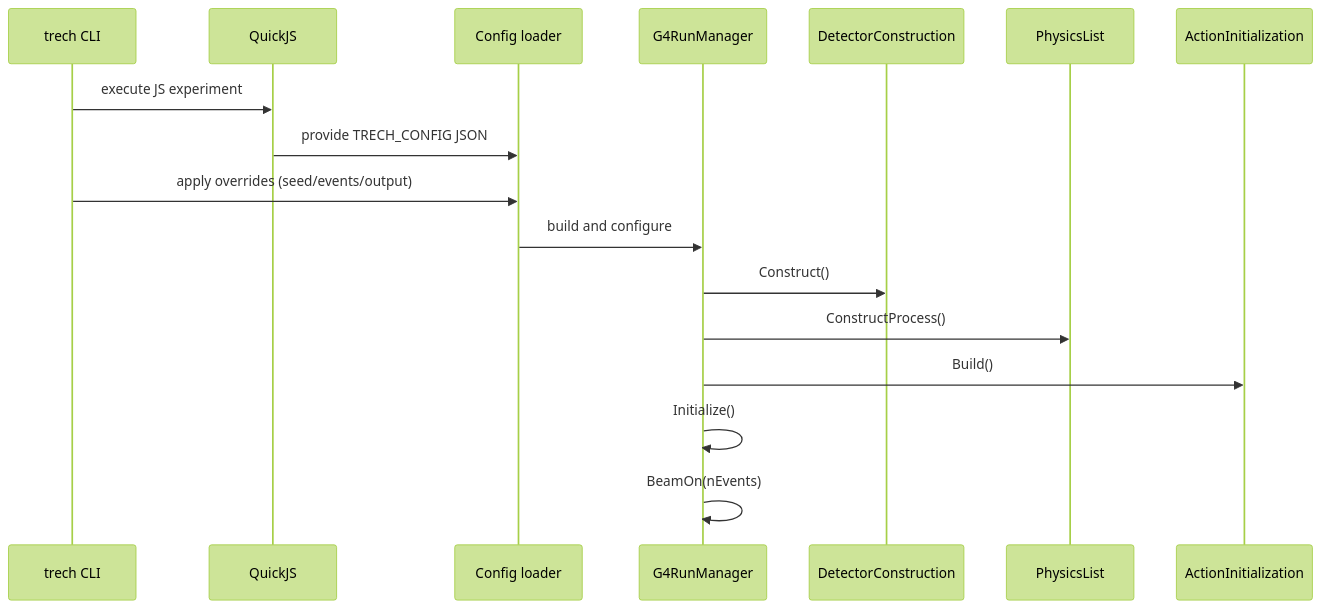
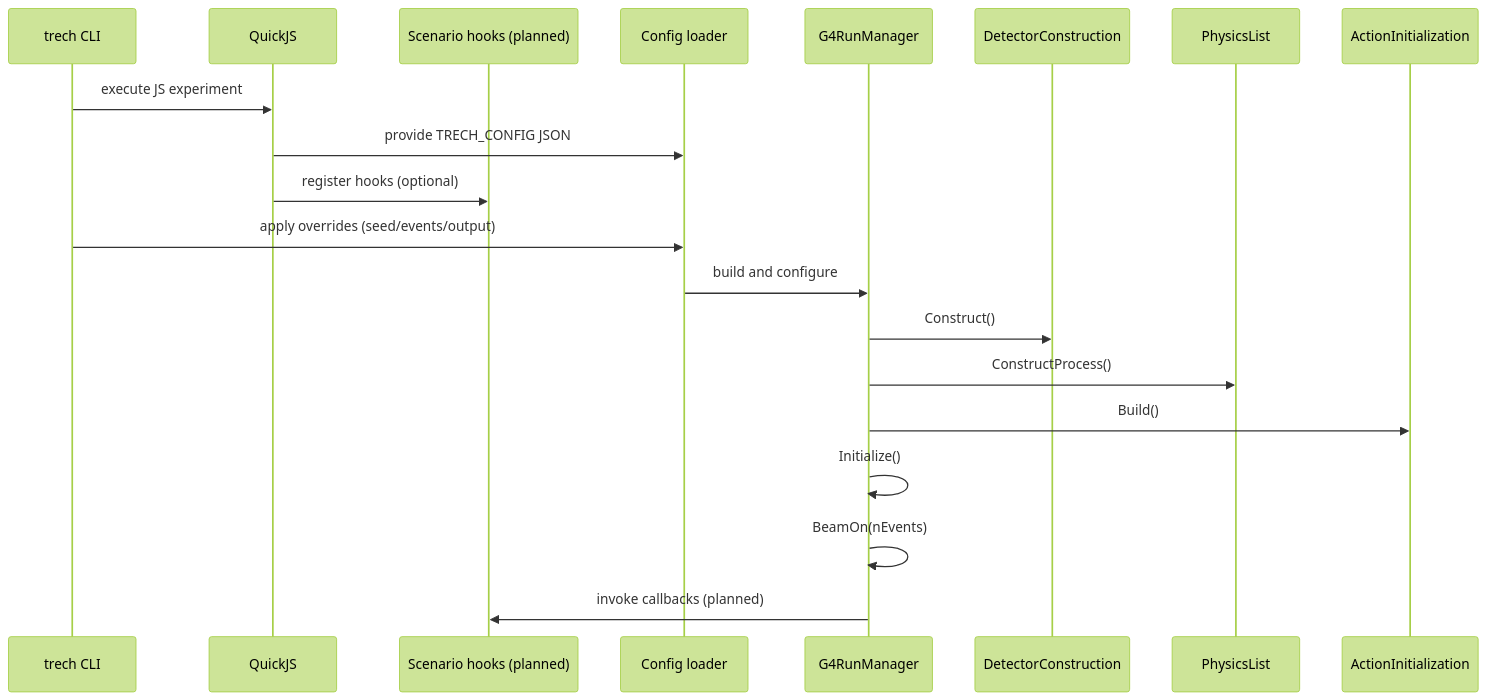
Before and after one commit to Geckos-Ink/trech: the second of 8 diagrams in CHARTS.md, drawn with Mermaid (forest theme). The commit also changed other lines of this file and 3 other files, not shown here.

````diff
--- a/CHARTS.md
+++ b/CHARTS.md
@@ -38,19 +43,22 @@
 ```mermaid
 sequenceDiagram
   participant CLI as trech CLI
   participant QJS as QuickJS
+  participant HOOK as Scenario hooks (planned)
   participant CFG as Config loader
   participant RM as G4RunManager
   participant DET as DetectorConstruction
   participant PHY as PhysicsList
   participant ACT as ActionInitialization
   CLI->>QJS: execute JS experiment
   QJS->>CFG: provide TRECH_CONFIG JSON
+  QJS->>HOOK: register hooks (optional)
   CLI->>CFG: apply overrides (seed/events/output)
   CFG->>RM: build and configure
   RM->>DET: Construct()
   RM->>PHY: ConstructProcess()
   RM->>ACT: Build()
   RM->>RM: Initialize()
   RM->>RM: BeamOn(nEvents)
+  RM->>HOOK: invoke callbacks (planned)
 ```
````
